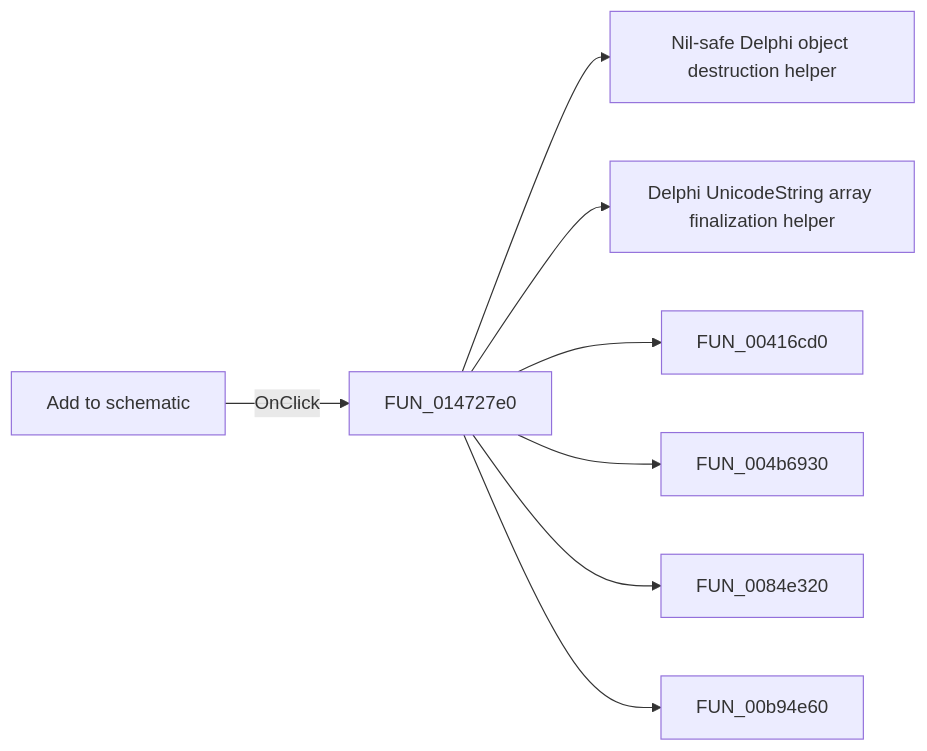
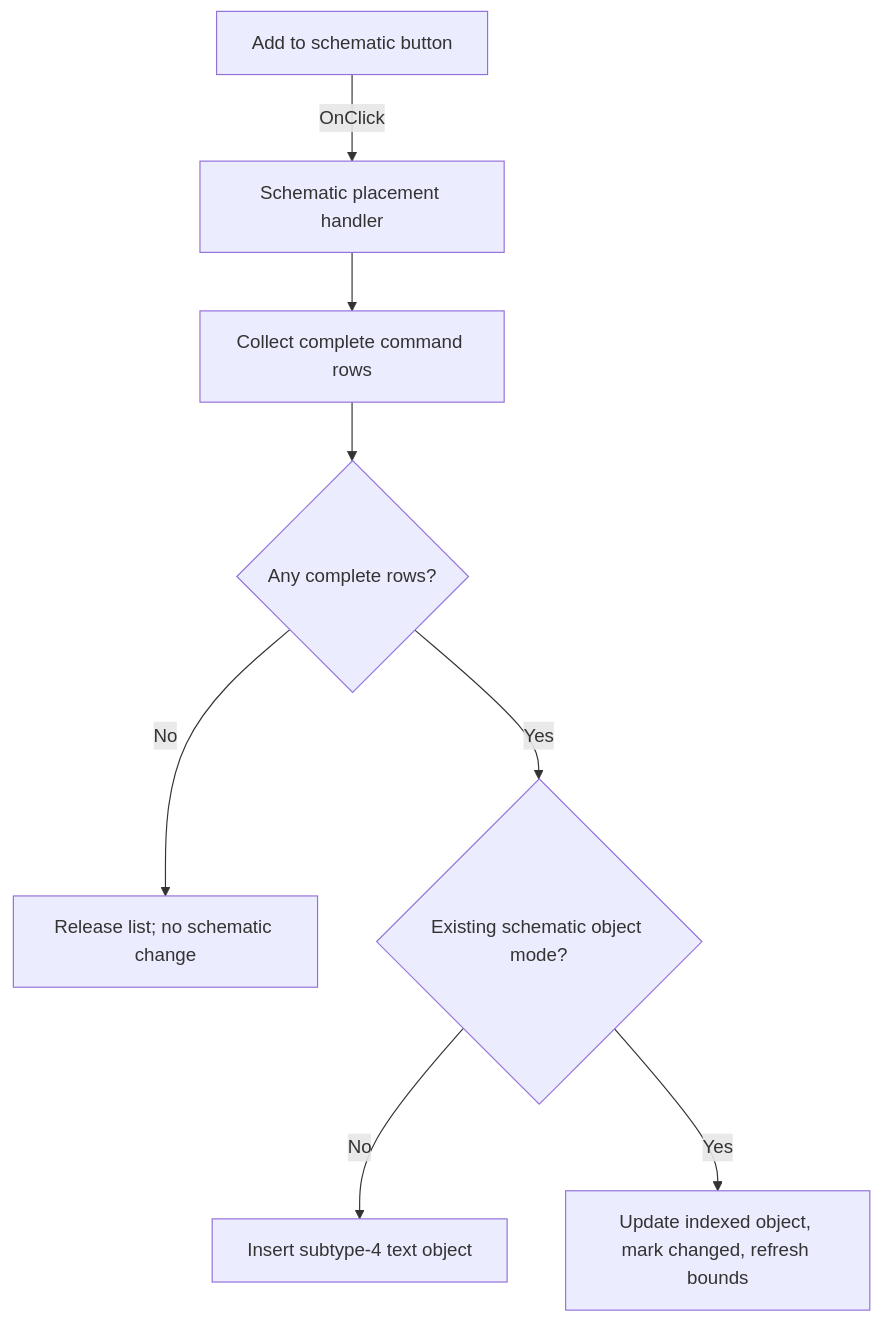
One commit to MovGP0/TIARA changed the diagram in docs/ui-controls/spicecommandeditor/btnplace-520ce31c92.md. Above: the diagram before and after it, drawn with Mermaid. The commit also changed other lines of this file and 1062 other files, not shown here.

````diff
--- a/docs/ui-controls/spicecommandeditor/btnplace-520ce31c92.md
+++ b/docs/ui-controls/spicecommandeditor/btnplace-520ce31c92.md
@@ -27,10 +27,10 @@
 ```mermaid
-flowchart LR
-    control["Add to schematic"] -->|OnClick| handler["FUN_014727e0"]
-    handler --> call1["Nil-safe Delphi object destruction helper"]
-    handler --> call2["Delphi UnicodeString array finalization helper"]
-    handler --> call3["FUN_00416cd0"]
-    handler --> call4["FUN_004b6930"]
-    handler --> call5["FUN_0084e320"]
-    handler --> call6["FUN_00b94e60"]
+flowchart TD
+    control["Add to schematic button"] -->|"OnClick"| handler["Schematic placement handler"]
+    handler --> collect["Collect complete command rows"]
+    collect --> any{"Any complete rows?"}
+    any -->|"No"| noOp["Release list; no schematic change"]
+    any -->|"Yes"| mode{"Existing schematic object mode?"}
+    mode -->|"No"| insert["Insert subtype-4 text object"]
+    mode -->|"Yes"| update["Update indexed object, mark changed, refresh bounds"]
 ```
````
